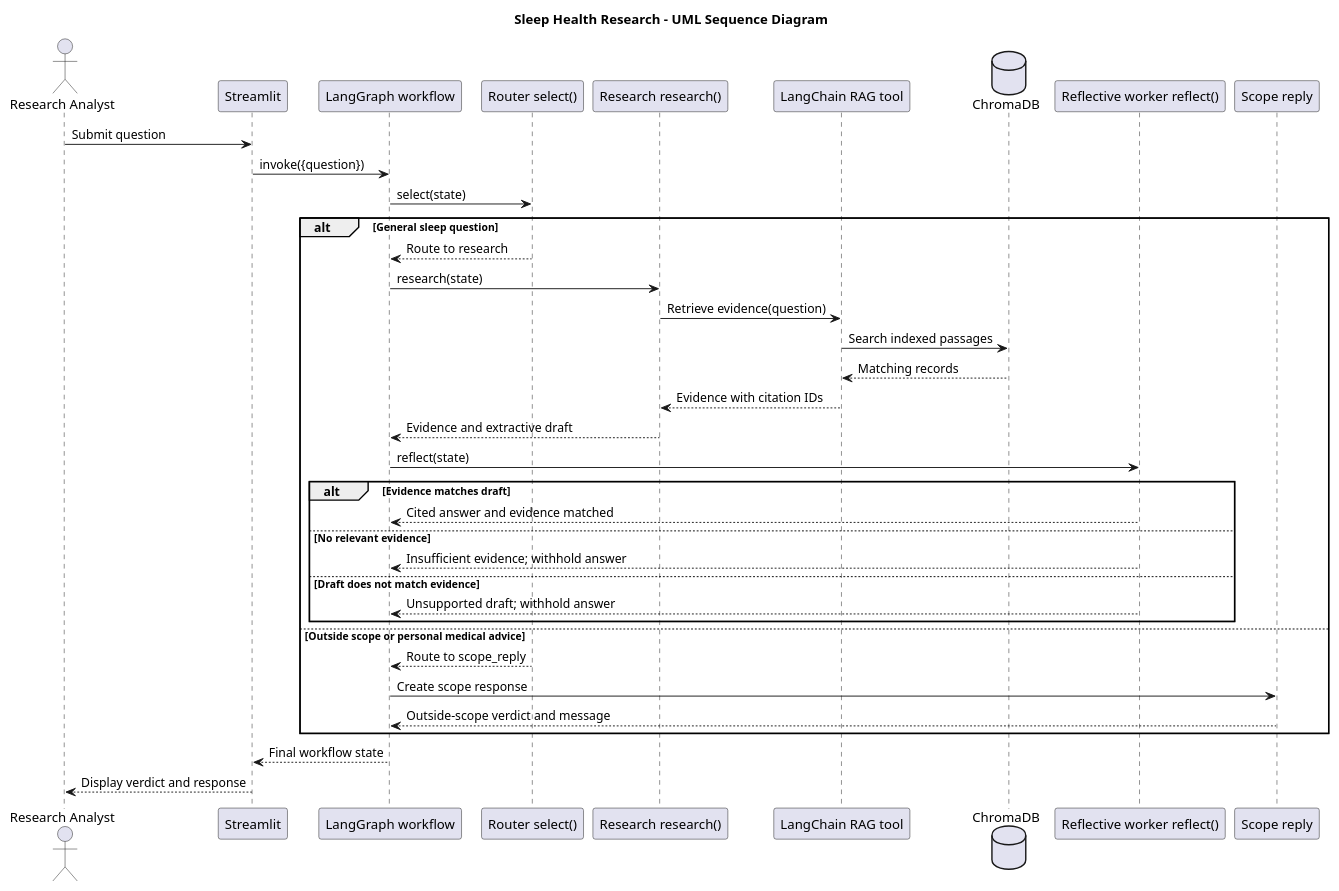
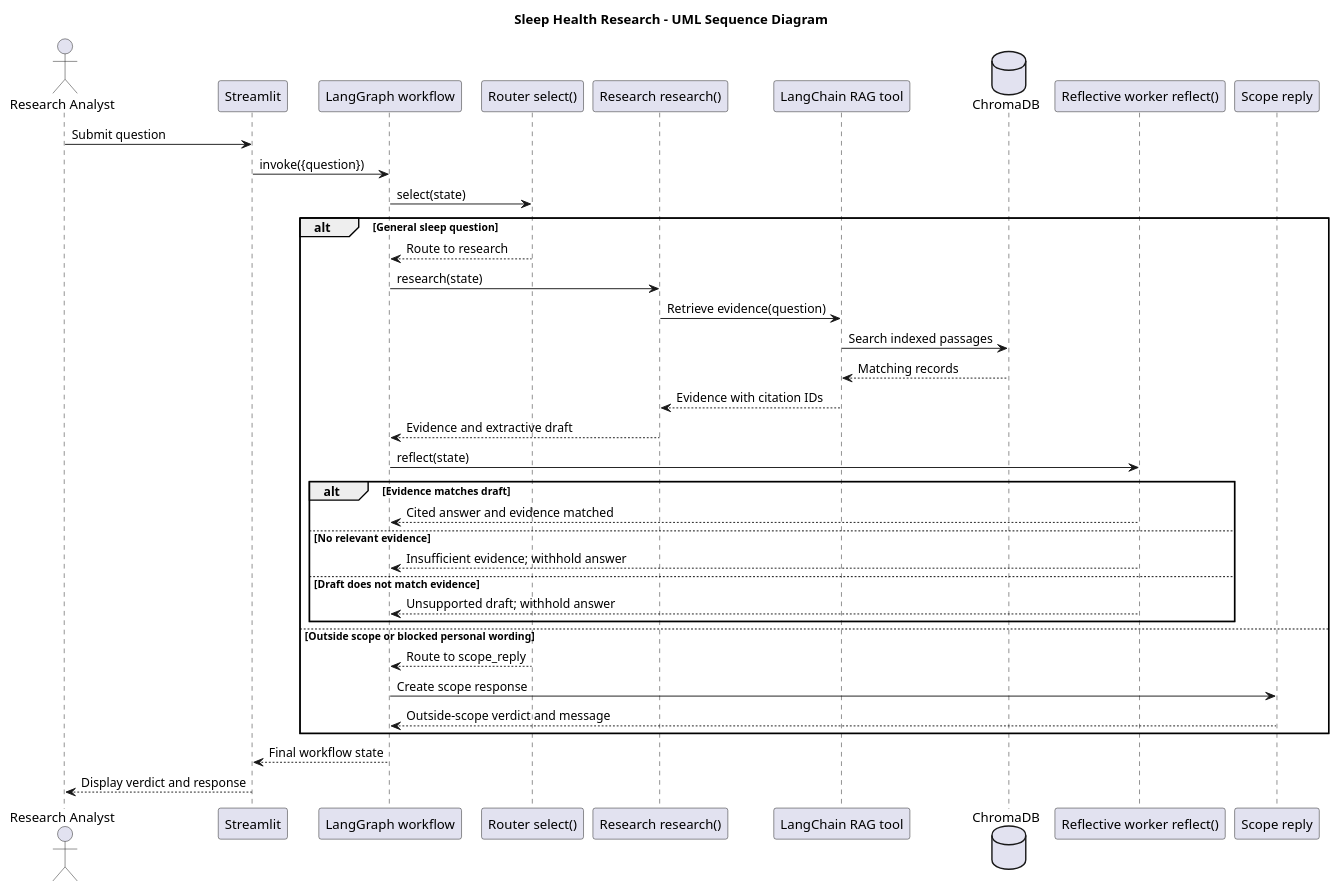
One commit to vkulesh-netizen/group-1 changed the diagram in interaction.puml. Above: the diagram before and after it, drawn with PlantUML. The commit also changed 3 other files, not shown here.

```diff
--- a/interaction.puml
+++ b/interaction.puml
@@ -1,45 +1,45 @@
 @startuml
 title Sleep Health Research - UML Sequence Diagram
 
 actor "Research Analyst" as Analyst
 participant Streamlit
 participant "LangGraph workflow" as Graph
 participant "Router select()" as Router
 participant "Research research()" as Research
 participant "LangChain RAG tool" as RAG
 database ChromaDB
 participant "Reflective worker reflect()" as Reflect
 participant "Scope reply" as Scope
 
 Analyst -> Streamlit: Submit question
 Streamlit -> Graph: invoke({question})
 Graph -> Router: select(state)
 
 alt General sleep question
     Router --> Graph: Route to research
     Graph -> Research: research(state)
     Research -> RAG: Retrieve evidence(question)
     RAG -> ChromaDB: Search indexed passages
     ChromaDB --> RAG: Matching records
     RAG --> Research: Evidence with citation IDs
     Research --> Graph: Evidence and extractive draft
     Graph -> Reflect: reflect(state)
 
     alt Evidence matches draft
         Reflect --> Graph: Cited answer and evidence matched
     else No relevant evidence
         Reflect --> Graph: Insufficient evidence; withhold answer
     else Draft does not match evidence
         Reflect --> Graph: Unsupported draft; withhold answer
     end
 
-else Outside scope or personal medical advice
+else Outside scope or blocked personal wording
     Router --> Graph: Route to scope_reply
     Graph -> Scope: Create scope response
     Scope --> Graph: Outside-scope verdict and message
 end
 
 Graph --> Streamlit: Final workflow state
 Streamlit --> Analyst: Display verdict and response
 
 @enduml
```
